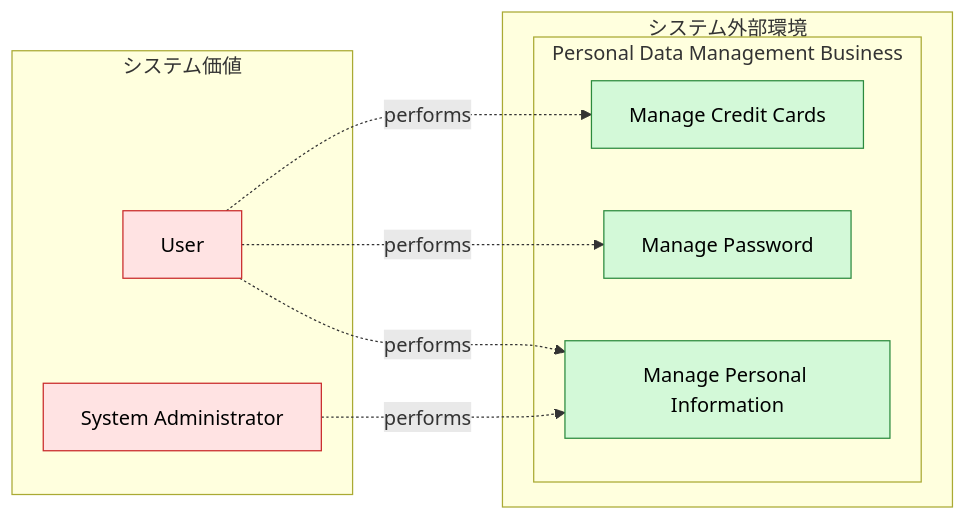
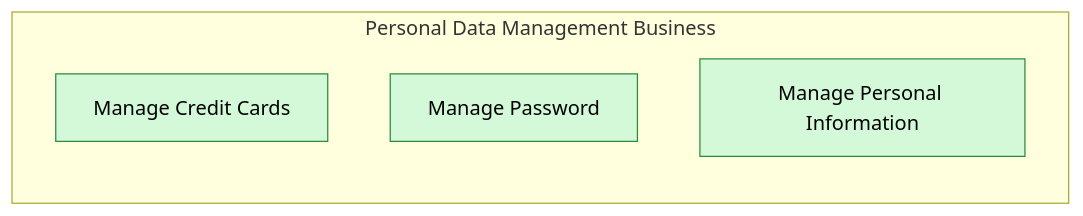
The diagram in samples/personal-info/out/business.mmd (manji-0/rdra-ish-dsl), drawn with Mermaid before and after one commit. The commit also changed 20 other files, not shown here.

First line of the commit message:
feat(cli): draw the business flow and list who takes part in each BUC

```diff
--- a/samples/personal-info/out/business.mmd
+++ b/samples/personal-info/out/business.mmd
@@ -1,24 +1,11 @@
 %% rdra-ish diagram=business scope=whole model=samples/personal-info
-%% layers: value=システム価値 environment=システム外部環境
-%% kinds: actor business buc
-%% omitted: usecase screen api entity
+%% kinds: business buc
+%% omitted: actor usecase screen api entity
 flowchart LR
-  subgraph layer_value["システム価値"]
-    actor__SysAdmin["System Administrator"]:::actor
-    actor__User["User"]:::actor
+  subgraph business__PersonalDataMgmt["Personal Data Management Business"]
+    buc__BucCard["Manage Credit Cards"]:::buc
+    buc__BucPassword["Manage Password"]:::buc
+    buc__BucProfile["Manage Personal Information"]:::buc
   end
-  subgraph layer_environment["システム外部環境"]
-    subgraph business__PersonalDataMgmt["Personal Data Management Business"]
-      buc__BucCard["Manage Credit Cards"]:::buc
-      buc__BucPassword["Manage Password"]:::buc
-      buc__BucProfile["Manage Personal Information"]:::buc
-    end
-  end
-  actor__SysAdmin -.->|performs| buc__BucProfile
-  %% derived actor__SysAdmin -> buc__BucProfile via usecase__DeleteAccount,usecase__RestoreAccount,usecase__SuspendAccount
-  actor__User -.->|performs| buc__BucCard
-  actor__User -.->|performs| buc__BucPassword
-  actor__User -.->|performs| buc__BucProfile
-  classDef actor fill:#ffe3e3,stroke:#c92a2a,color:#000;
   classDef business fill:#d3f9d8,stroke:#2b8a3e,color:#000;
   classDef buc fill:#d3f9d8,stroke:#2b8a3e,color:#000;
```
